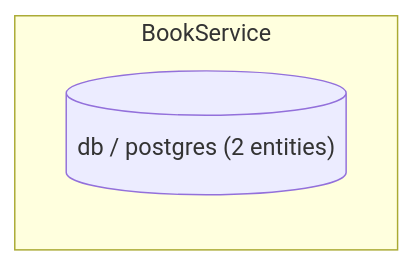
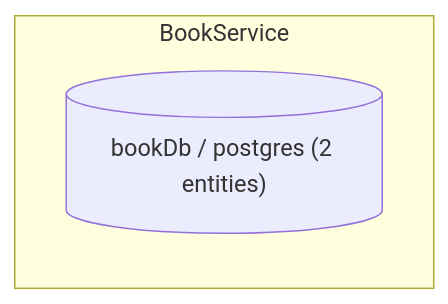
One commit to keturk/datrix changed the diagram in examples/01-tutorial/03-basic-api/docs/diagrams/infrastructure.md. Above: the diagram before and after it, drawn with Mermaid. The commit also changed 158 other files, not shown here.

First line of the commit message:
Examples: name RDBMS blocks and align diagrams/docs with multi-datasource style

````diff
--- a/examples/01-tutorial/03-basic-api/docs/diagrams/infrastructure.md
+++ b/examples/01-tutorial/03-basic-api/docs/diagrams/infrastructure.md
@@ -3,6 +3,6 @@
 ```mermaid
 graph LR
     subgraph "BookService"
-    book_service_rdbms_db[("db / postgres (2 entities)")]
+    book_service_rdbms_book_db[("bookDb / postgres (2 entities)")]
     end
 ```
````
